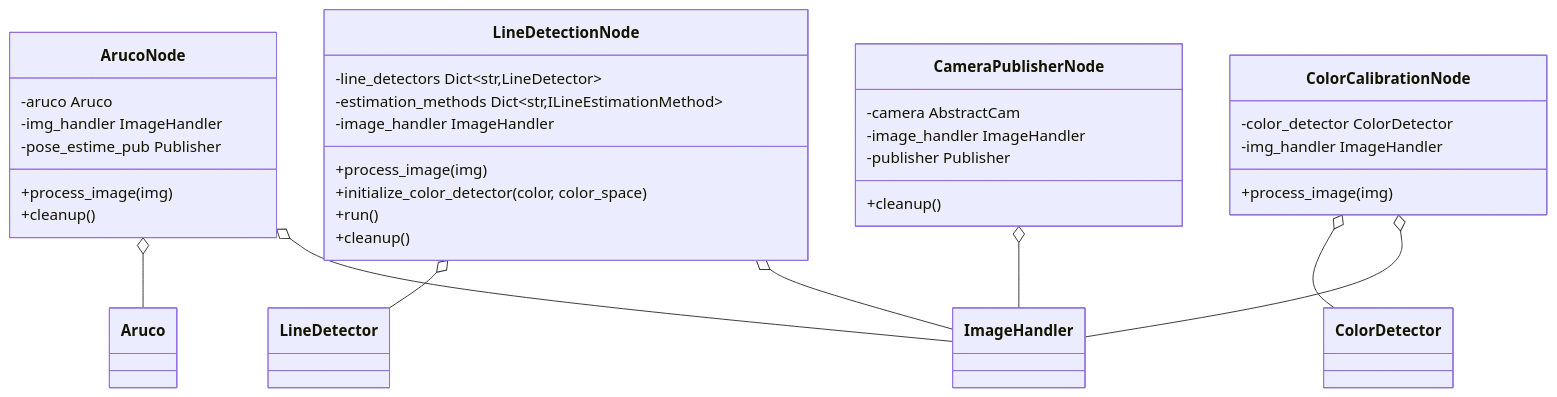
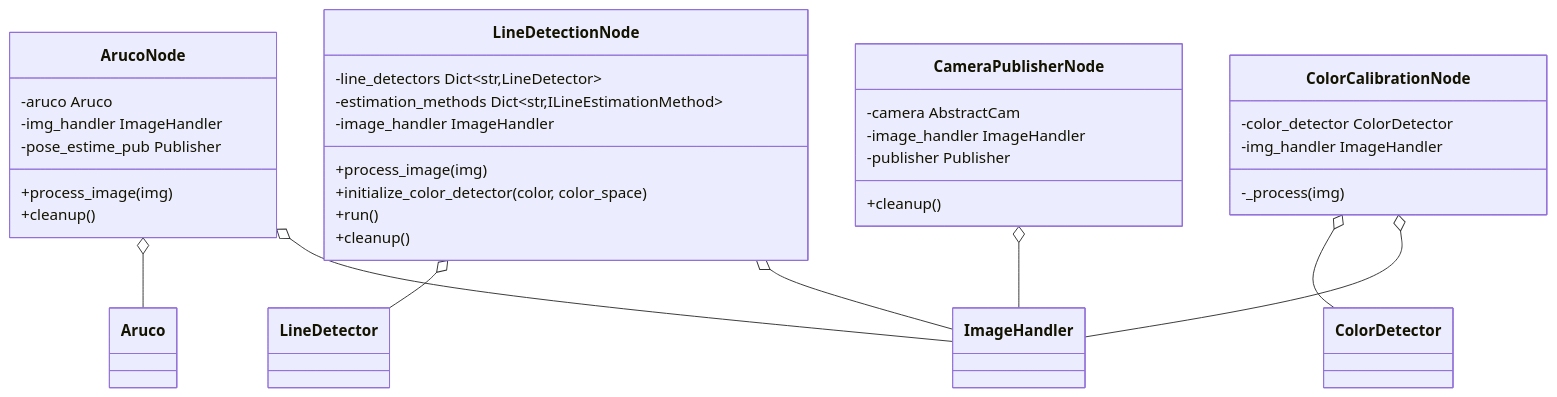
The sixth of 6 diagrams in nectar/nectar/vision/README.md (Black-Bee-Drones/nectar-sdk), drawn with Mermaid before and after one commit. The commit also changed other lines of this file and 13 other files, not shown here.

Commit message:
docs: sync diagrams and docs

````diff
--- a/nectar/nectar/vision/README.md
+++ b/nectar/nectar/vision/README.md
@@ -1120,41 +1120,41 @@
 ```mermaid
 classDiagram
     class ArucoNode {
         -aruco Aruco
         -img_handler ImageHandler
         -pose_estime_pub Publisher
         +process_image(img)
         +cleanup()
     }
 
     class LineDetectionNode {
         -line_detectors Dict~str,LineDetector~
         -estimation_methods Dict~str,ILineEstimationMethod~
         -image_handler ImageHandler
         +process_image(img)
         +initialize_color_detector(color, color_space)
         +run()
         +cleanup()
     }
 
     class ColorCalibrationNode {
         -color_detector ColorDetector
         -img_handler ImageHandler
-        +process_image(img)
+        -_process(img)
     }
 
     class CameraPublisherNode {
         -camera AbstractCam
         -image_handler ImageHandler
         -publisher Publisher
         +cleanup()
     }
 
     ArucoNode o-- Aruco
     ArucoNode o-- ImageHandler
     LineDetectionNode o-- LineDetector
     LineDetectionNode o-- ImageHandler
     ColorCalibrationNode o-- ColorDetector
     ColorCalibrationNode o-- ImageHandler
     CameraPublisherNode o-- ImageHandler
 ```
````
